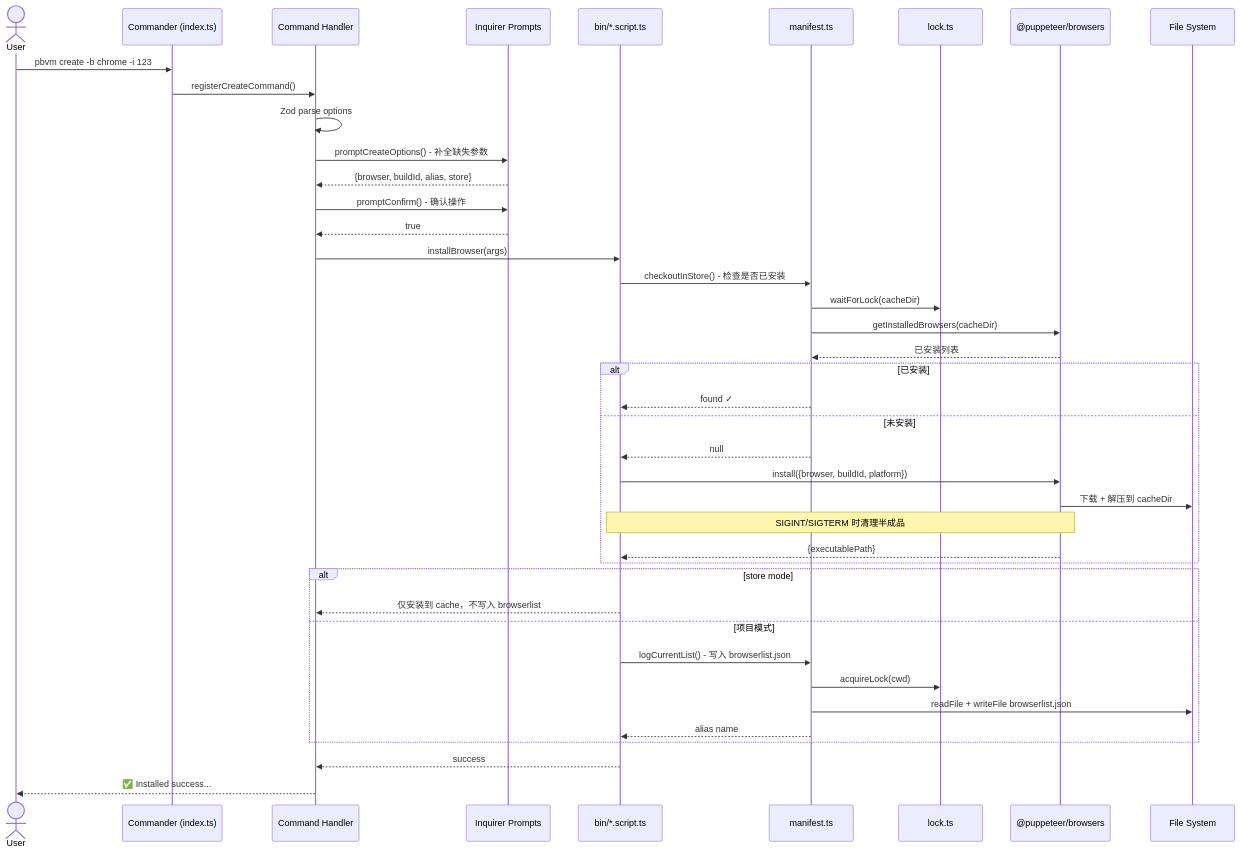
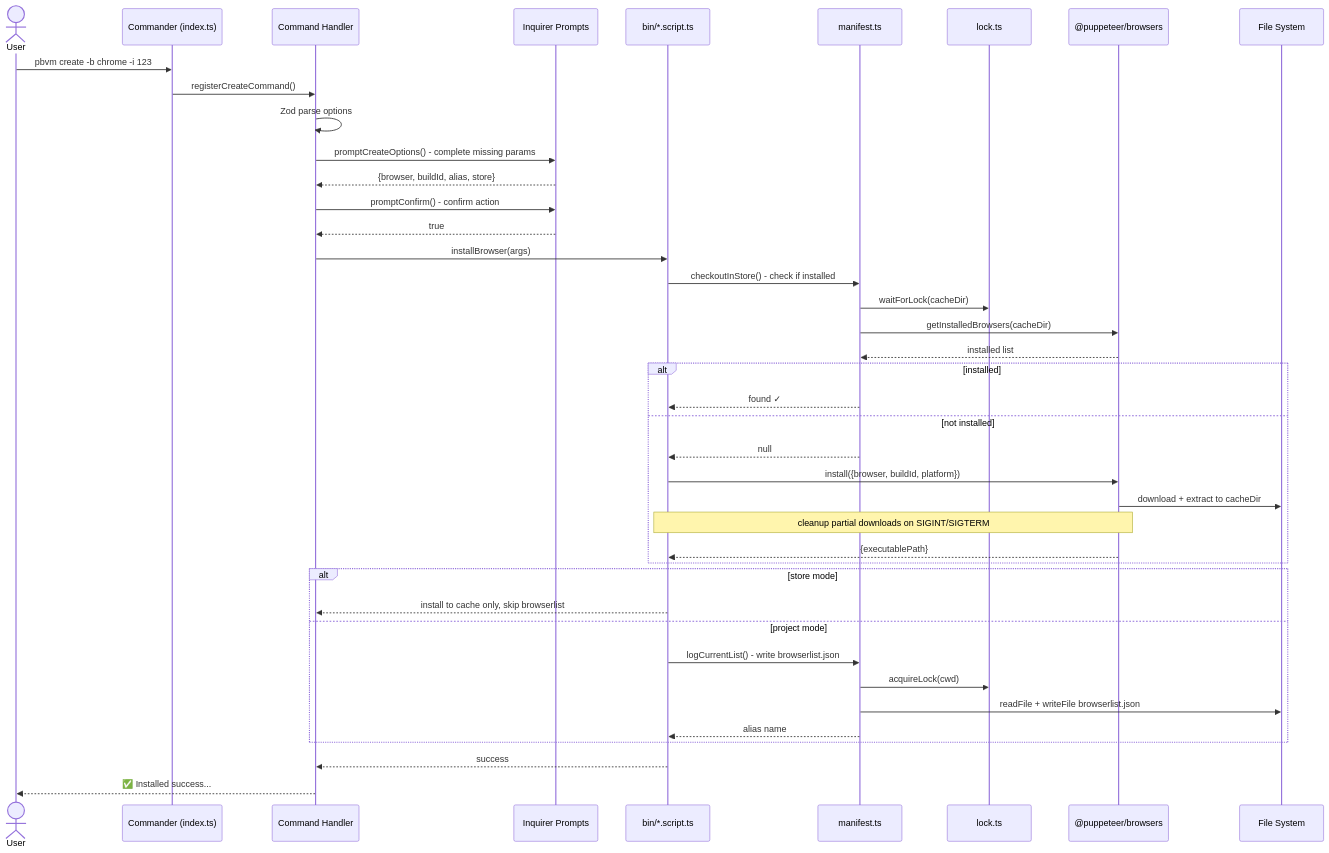
The diagram in README.md (cgfeel/pbvm), drawn with Mermaid before and after one commit. The commit also changed other lines of this file and 2 other files, not shown here.

````diff
--- a/README.md
+++ b/README.md
@@ -88,48 +88,48 @@
 ```mermaid
   sequenceDiagram
       actor User
       participant CLI as Commander (index.ts)
       participant Cmd as Command Handler
       participant Prompt as Inquirer Prompts
       participant Script as bin/*.script.ts
       participant Manifest as manifest.ts
       participant Lock as lock.ts
       participant Browser as @puppeteer/browsers
       participant FS as File System
 
       User->>CLI: pbvm create -b chrome -i 123
       CLI->>Cmd: registerCreateCommand()
       Cmd->>Cmd: Zod parse options
-      Cmd->>Prompt: promptCreateOptions() - 补全缺失参数
+      Cmd->>Prompt: promptCreateOptions() - complete missing params
       Prompt-->>Cmd: {browser, buildId, alias, store}
-      Cmd->>Prompt: promptConfirm() - 确认操作
+      Cmd->>Prompt: promptConfirm() - confirm action
       Prompt-->>Cmd: true
 
       Cmd->>Script: installBrowser(args)
-      Script->>Manifest: checkoutInStore() - 检查是否已安装
+      Script->>Manifest: checkoutInStore() - check if installed
       Manifest->>Lock: waitForLock(cacheDir)
       Manifest->>Browser: getInstalledBrowsers(cacheDir)
-      Browser-->>Manifest: 已安装列表
+      Browser-->>Manifest: installed list
 
-      alt 已安装
+      alt installed
           Manifest-->>Script: found ✓
-      else 未安装
+      else not installed
           Manifest-->>Script: null
           Script->>Browser: install({browser, buildId, platform})
-          Browser->>FS: 下载 + 解压到 cacheDir
-          Note over Script,Browser: SIGINT/SIGTERM 时清理半成品
+          Browser->>FS: download + extract to cacheDir
+          Note over Script,Browser: cleanup partial downloads on SIGINT/SIGTERM
           Browser-->>Script: {executablePath}
       end
 
       alt store mode
-          Script-->>Cmd: 仅安装到 cache，不写入 browserlist
-      else 项目模式
-          Script->>Manifest: logCurrentList() - 写入 browserlist.json
+          Script-->>Cmd: install to cache only, skip browserlist
+      else project mode
+          Script->>Manifest: logCurrentList() - write browserlist.json
           Manifest->>Lock: acquireLock(cwd)
           Manifest->>FS: readFile + writeFile browserlist.json
           Manifest-->>Script: alias name
       end
 
       Script-->>Cmd: success
       Cmd-->>User: ✅ Installed success...
 ```
````
